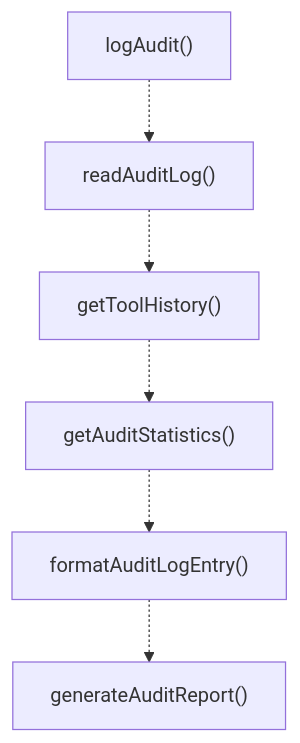
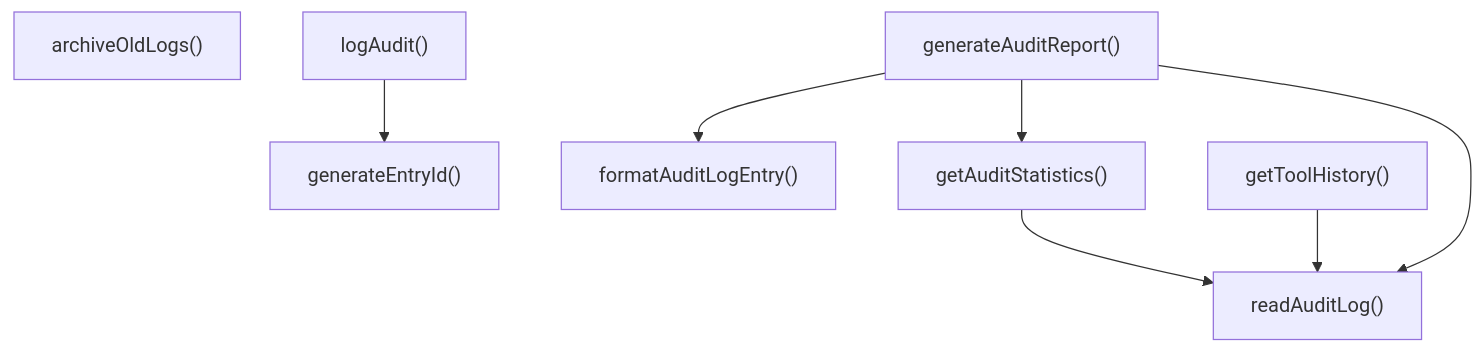
Before and after one commit to Mekann2904/mekann: the second of 3 diagrams in ABDD/.pi/lib/dynamic-tools/audit.md, drawn with Mermaid. The commit also changed other lines of this file and 277 other files, not shown here.

````diff
--- a/ABDD/.pi/lib/dynamic-tools/audit.md
+++ b/ABDD/.pi/lib/dynamic-tools/audit.md
@@ -54,14 +54,17 @@
 ```mermaid
 flowchart TD
+  archiveOldLogs["archiveOldLogs()"]
+  formatAuditLogEntry["formatAuditLogEntry()"]
+  generateAuditReport["generateAuditReport()"]
+  generateEntryId["generateEntryId()"]
+  getAuditStatistics["getAuditStatistics()"]
+  getToolHistory["getToolHistory()"]
   logAudit["logAudit()"]
   readAuditLog["readAuditLog()"]
-  getToolHistory["getToolHistory()"]
-  getAuditStatistics["getAuditStatistics()"]
-  formatAuditLogEntry["formatAuditLogEntry()"]
-  generateAuditReport["generateAuditReport()"]
-  logAudit -.-> readAuditLog
-  readAuditLog -.-> getToolHistory
-  getToolHistory -.-> getAuditStatistics
-  getAuditStatistics -.-> formatAuditLogEntry
-  formatAuditLogEntry -.-> generateAuditReport
+  generateAuditReport --> formatAuditLogEntry
+  generateAuditReport --> getAuditStatistics
+  generateAuditReport --> readAuditLog
+  getAuditStatistics --> readAuditLog
+  getToolHistory --> readAuditLog
+  logAudit --> generateEntryId
 ```
````
